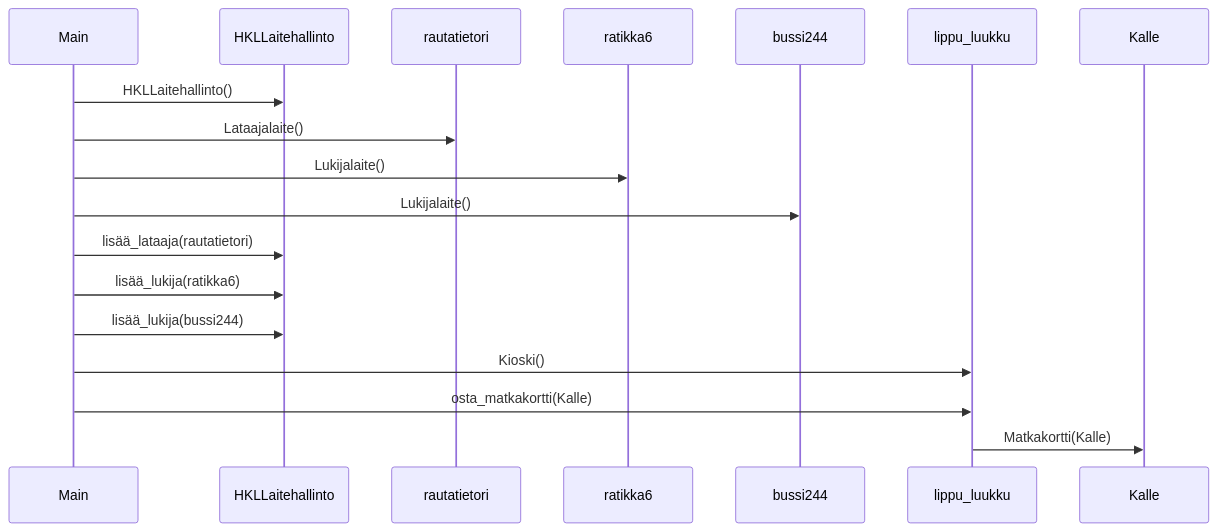
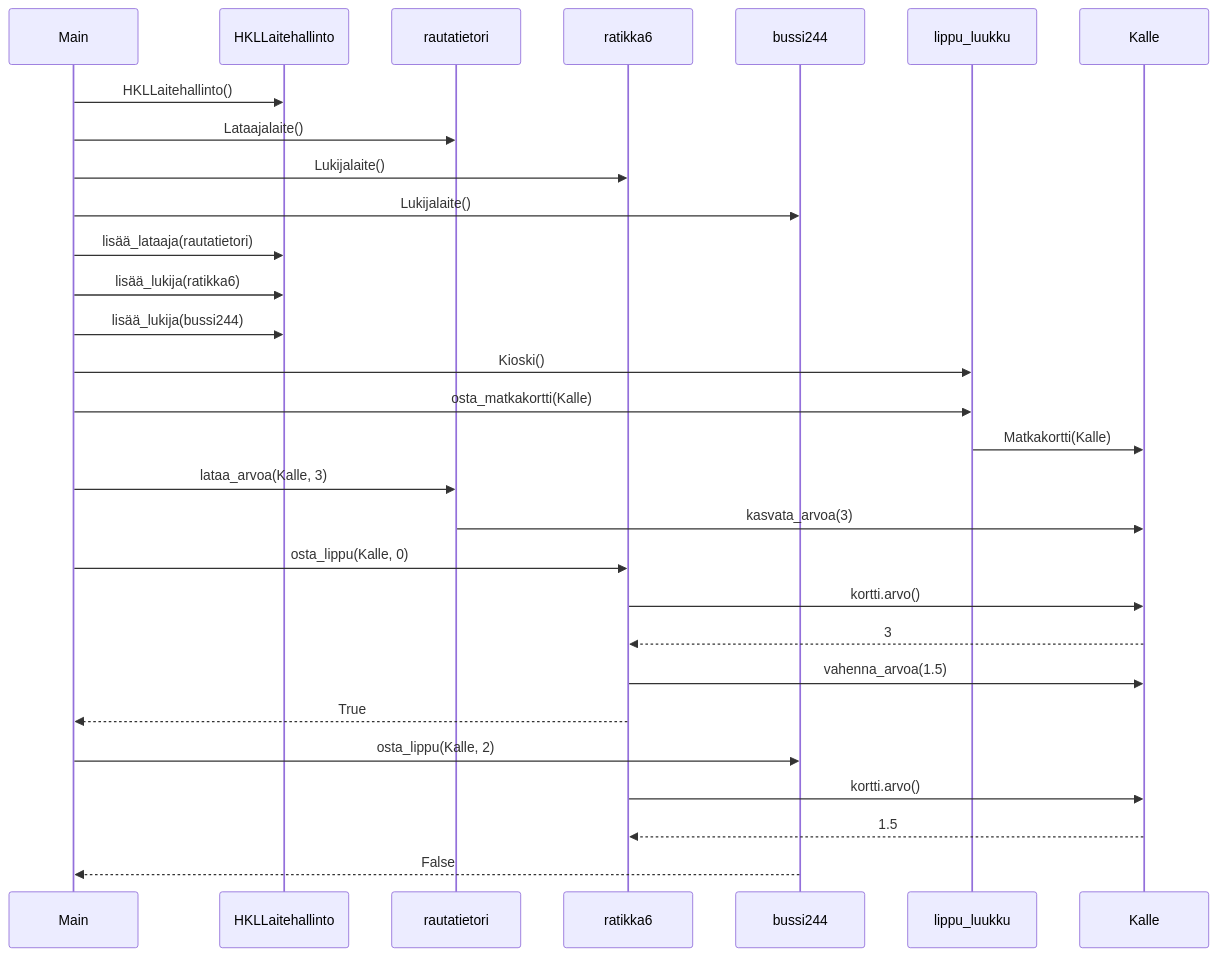
The diagram in laskarit/viikko3/HSL-matkakortti.md (Nanotiike/ot-harjoitustyo), drawn with Mermaid before and after one commit.

````diff
--- a/laskarit/viikko3/HSL-matkakortti.md
+++ b/laskarit/viikko3/HSL-matkakortti.md
@@ -1,22 +1,31 @@
 ```mermaid
 sequenceDiagram
     participant M as Main
     participant H as HKLLaitehallinto
     M ->> H: HKLLaitehallinto()
     participant R as rautatietori
     M ->> R: Lataajalaite()
     participant R6 as ratikka6
     M ->> R6: Lukijalaite()
     participant B as bussi244
     M ->> B: Lukijalaite()
     M ->> H: lisää_lataaja(rautatietori)
     M ->> H: lisää_lukija(ratikka6)
     M ->> H: lisää_lukija(bussi244)
     participant L as lippu_luukku
     M ->> L: Kioski()
     participant K as Kalle
     M ->> L: osta_matkakortti(Kalle)
     L ->> K: Matkakortti(Kalle)
-    
-    
+    M ->> R: lataa_arvoa(Kalle, 3)
+    R ->> K: kasvata_arvoa(3)
+    M ->> R6: osta_lippu(Kalle, 0)
+    R6 ->> K: kortti.arvo()
+    K -->> R6: 3
+    R6 ->> K: vahenna_arvoa(1.5)
+    R6 -->> M: True
+    M ->> B: osta_lippu(Kalle, 2)
+    R6 ->> K: kortti.arvo()
+    K -->> R6: 1.5
+    B -->> M: False
 ```
````
